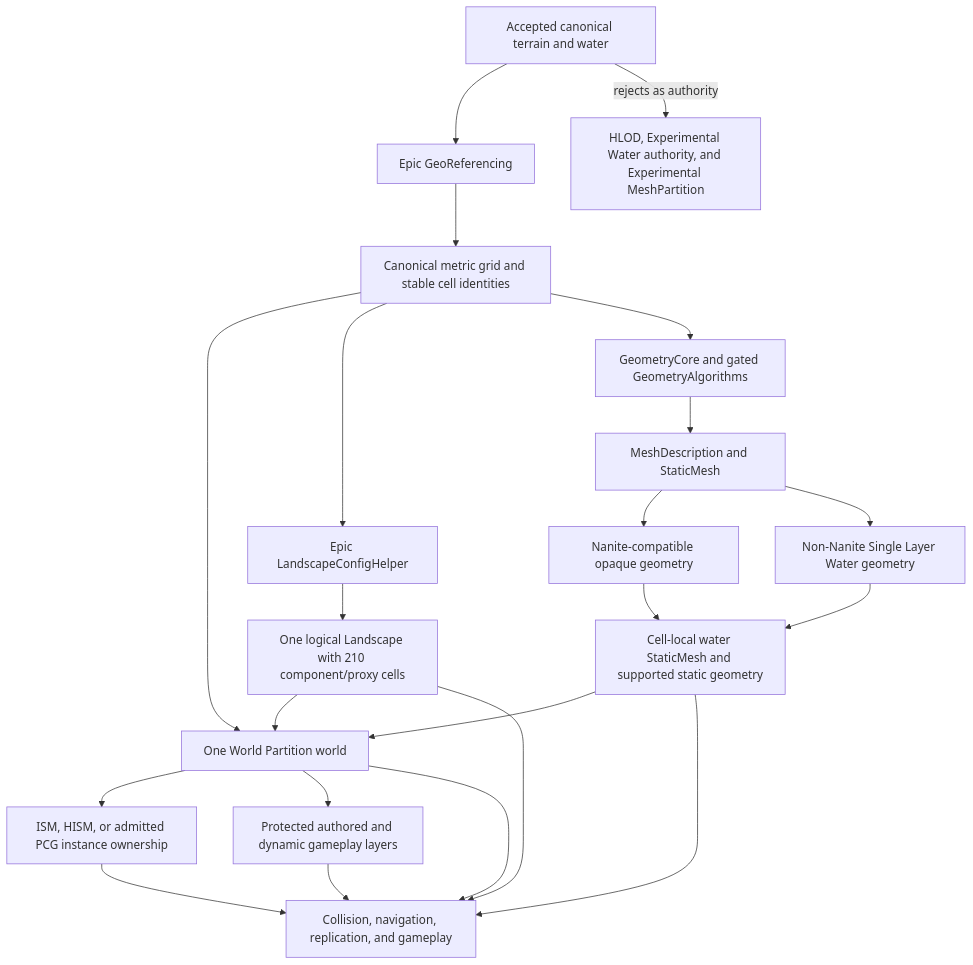
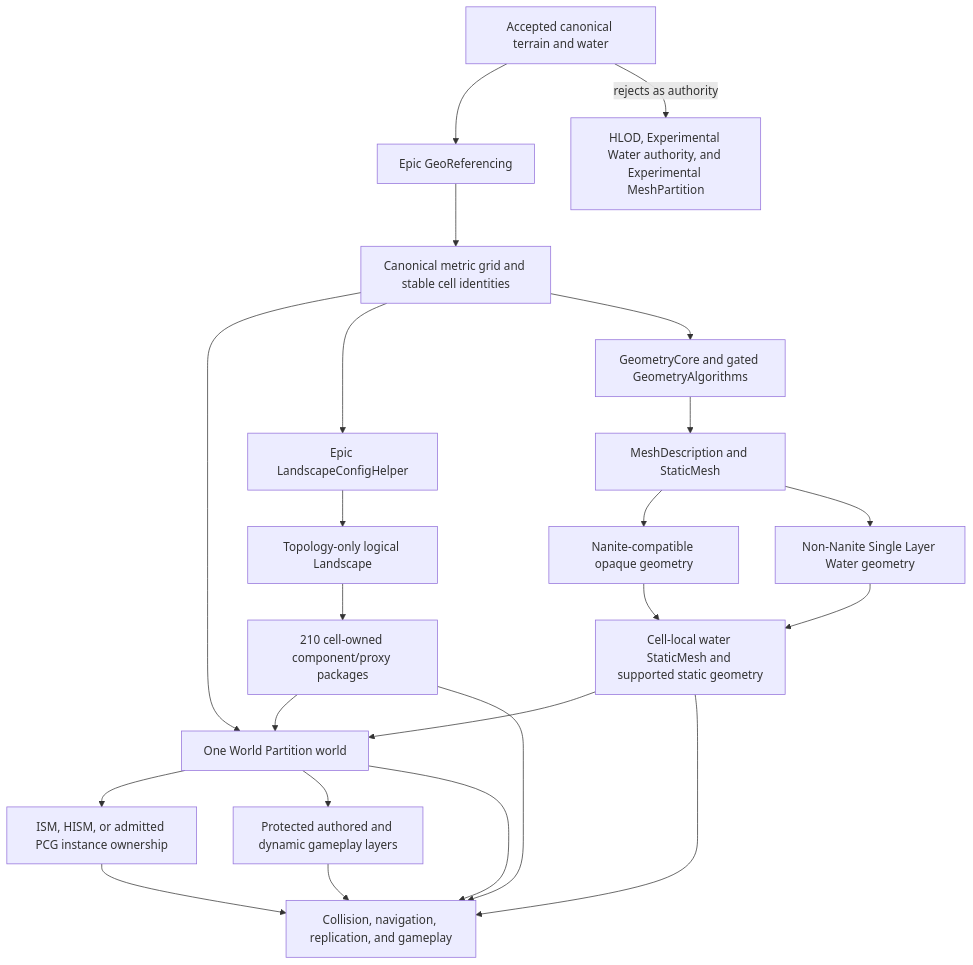
One commit to fallintodusk/alis changed the fifth of 6 diagrams in Plugins/World/ProjectWorld/docs/architecture_overview.md. Above: the diagram before and after it, drawn with Mermaid. The commit also changed other lines of this file and 45 other files, not shown here.

````diff
--- a/Plugins/World/ProjectWorld/docs/architecture_overview.md
+++ b/Plugins/World/ProjectWorld/docs/architecture_overview.md
@@ -234,34 +302,35 @@
 ```mermaid
 flowchart TD
     CANON["Accepted canonical terrain and water"]
     REF["Epic GeoReferencing"]
     GRID["Canonical metric grid and stable cell identities"]
     LAND_API["Epic LandscapeConfigHelper"]
     GEOM["GeometryCore and gated GeometryAlgorithms"]
     MESH["MeshDescription and StaticMesh"]
     NANITE["Nanite-compatible opaque geometry"]
     WATER["Non-Nanite Single Layer Water geometry"]
     WP["One World Partition world"]
-    LAND["One logical Landscape with 210 component/proxy cells"]
+    LAND["Topology-only logical Landscape"]
+    LAND_CELLS["210 cell-owned component/proxy packages"]
     STATIC["Cell-local water StaticMesh and supported static geometry"]
     INST["ISM, HISM, or admitted PCG instance ownership"]
     AUTH["Protected authored and dynamic gameplay layers"]
     GAME["Collision, navigation, replication, and gameplay"]
     REJECT["HLOD, Experimental Water authority, and Experimental MeshPartition"]
 
     CANON --> REF
     REF --> GRID
     GRID --> WP
-    GRID --> LAND_API --> LAND --> WP
+    GRID --> LAND_API --> LAND --> LAND_CELLS --> WP
     GRID --> GEOM --> MESH
     MESH --> NANITE --> STATIC
     MESH --> WATER --> STATIC --> WP
     WP --> INST
     WP --> AUTH
-    LAND --> GAME
+    LAND_CELLS --> GAME
     STATIC --> GAME
     INST --> GAME
     AUTH --> GAME
     WP --> GAME
     CANON -->|rejects as authority| REJECT
 ```
````
